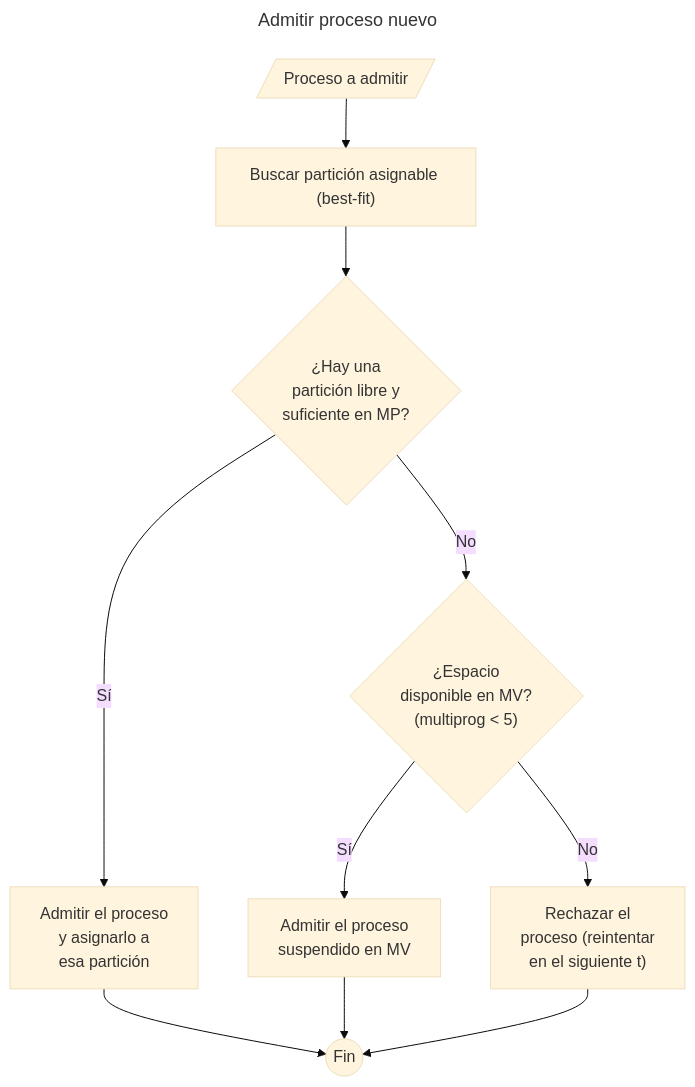
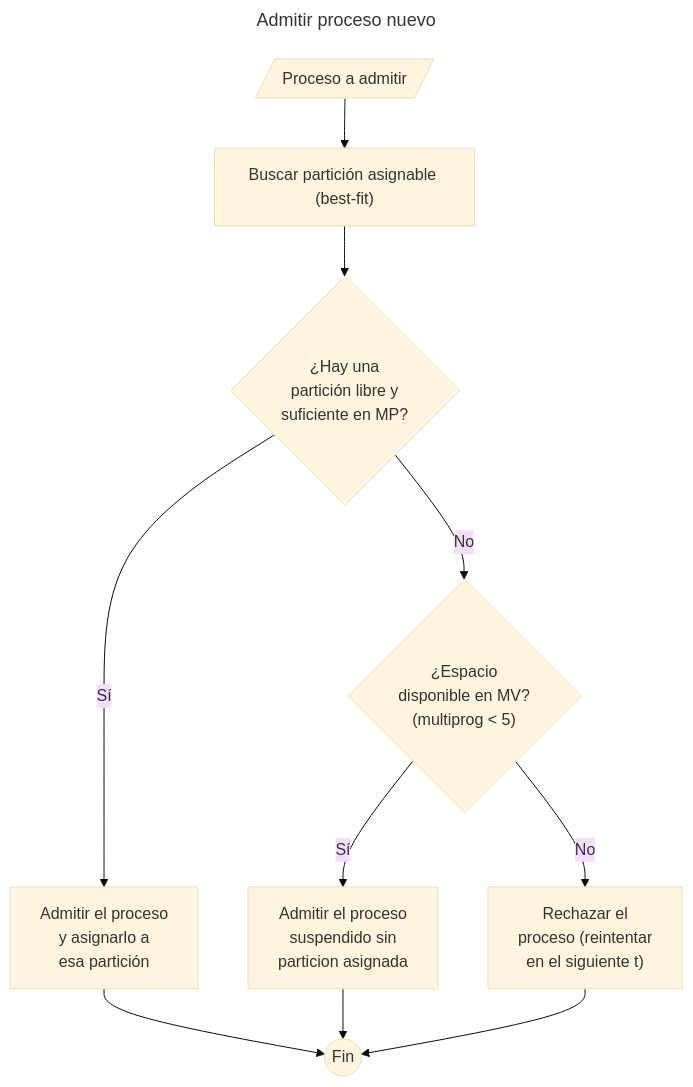
Before and after one commit to agustinbravop/utn-sims: the diagram in docs/admitir-proceso-nuevo.mmd, drawn with Mermaid (base theme). The commit also changed 3 other files, not shown here.

Commit message:
actualizados diagramas en base a la optimización de procesos suspendidos sin asignar

```diff
--- a/docs/admitir-proceso-nuevo.mmd
+++ b/docs/admitir-proceso-nuevo.mmd
@@ -1,12 +1,12 @@
 ---
 title: Admitir proceso nuevo
 ---
 flowchart TD
     H[/Proceso a admitir/]
     H --> H2["Buscar partición asignable (best-fit)"]
     H2 --> I{"¿Hay una \n partición libre y \n suficiente en MP?"}
     I -- Sí -->Q[Admitir el proceso\n y asignarlo a \n esa partición] --> Fin
     I -- No --> S{"¿Espacio \ndisponible en MV?\n (multiprog < 5)"}
-    S -- Sí -->R[Admitir el proceso \n suspendido en MV] --> Fin
+    S -- Sí -->R[Admitir el proceso \n suspendido sin \n particion asignada] --> Fin
     S -- No --> N["Rechazar el \n proceso (reintentar\n en el siguiente t)"] --> Fin
     Fin((Fin))
```
